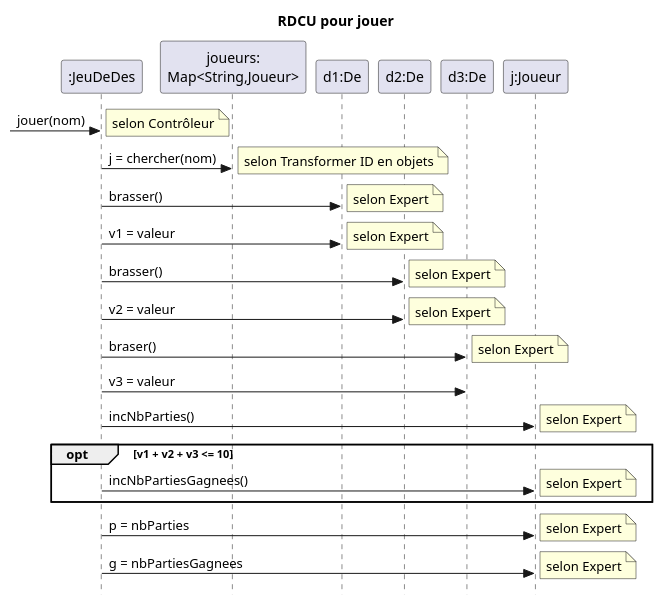
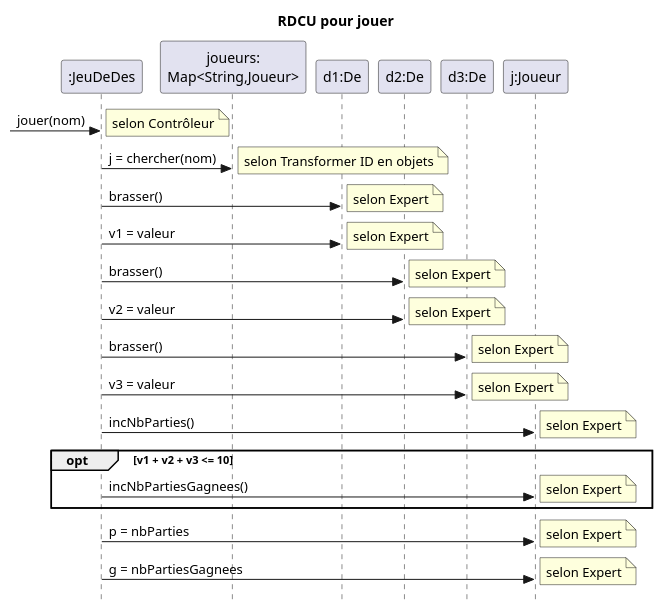
The diagram in docs/modeles/rdcu-jouer.puml (NDOKY/log210-enonce-lab0), drawn with PlantUML before and after one commit. The commit also changed 11 other files, not shown here.

```diff
--- a/docs/modeles/rdcu-jouer.puml
+++ b/docs/modeles/rdcu-jouer.puml
@@ -1,36 +1,37 @@
 @startuml
 skinparam style strictuml
 skinparam defaultfontname Verdana
 title RDCU pour jouer
 participant ":JeuDeDes" as c
 participant "joueurs:\nMap<String,Joueur>" as jm
 participant "d1:De" as d1
 participant "d2:De" as d2
 participant "d3:De" as d3
 participant "j:Joueur" as j
 ->c : jouer(nom)
 note right : selon Contrôleur
 c->jm : j = chercher(nom)
 note right : selon Transformer ID en objets
 c->d1 : brasser()
 note right : selon Expert
 c->d1 : v1 = valeur
 note right : selon Expert
 c->d2 : brasser()
 note right : selon Expert
 c->d2 : v2 = valeur
 note right : selon Expert
-c->d3 : braser()
+c->d3 : brasser()
 note right : selon Expert
-c->d3: v3 = valeur
+c->d3 : v3 = valeur
+note right : selon Expert
 c->j : incNbParties()
 note right : selon Expert
 opt v1 + v2 + v3 <= 10
   c->j : incNbPartiesGagnees()
   note right : selon Expert
 end opt
 c->j : p = nbParties
 note right : selon Expert
 c->j : g = nbPartiesGagnees
 note right : selon Expert
 @enduml
```
